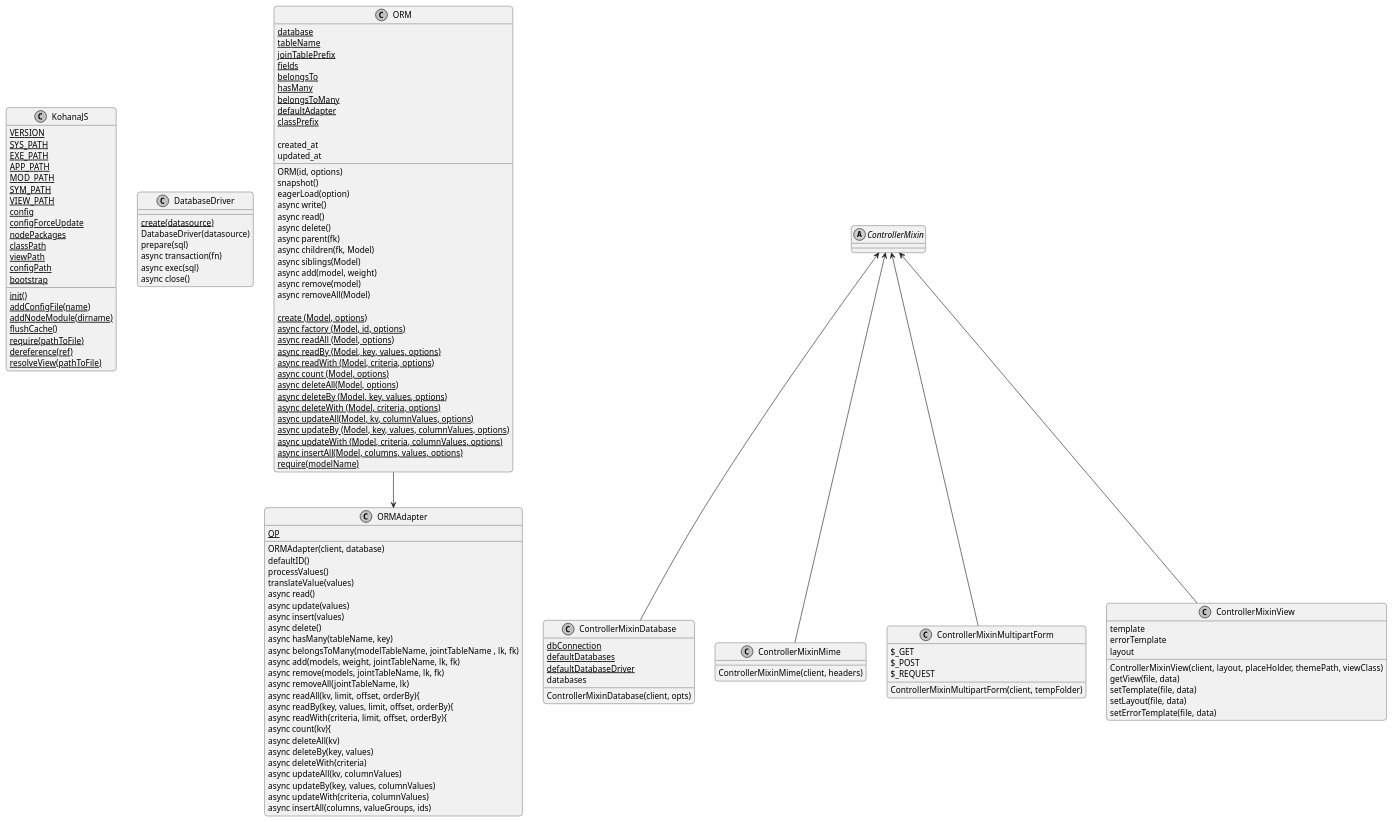
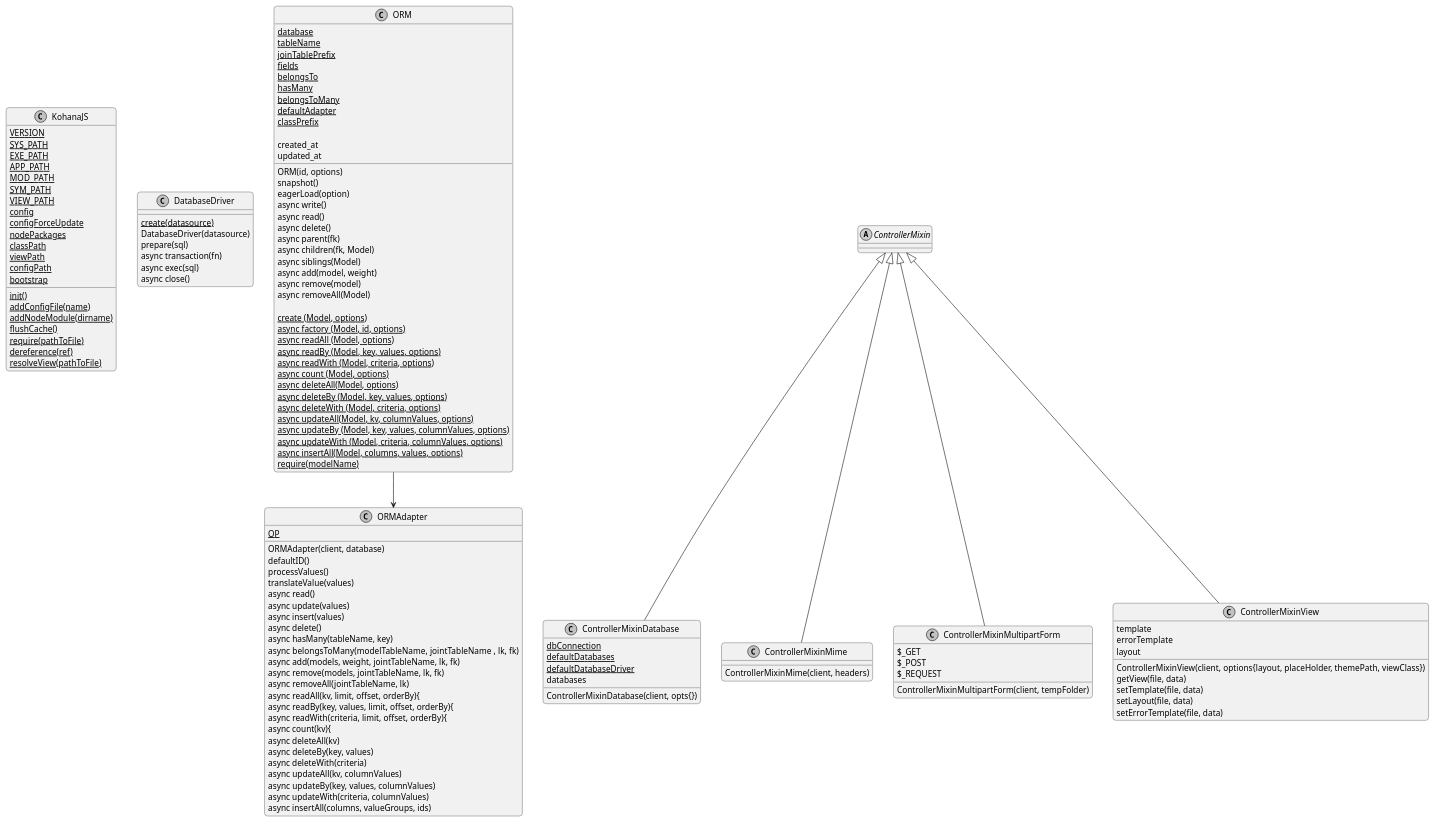
The diagram in spec/kohanajs.puml (kohanajs/kohanajs), drawn with PlantUML before and after one commit. The commit also changed 6 other files, not shown here.

```diff
--- a/spec/kohanajs.puml
+++ b/spec/kohanajs.puml
@@ -1,150 +1,154 @@
 @startuml
 skinparam monochrome true
 skinparam shadowing false
 skinparam defaultFontName "URW DIN SemiCond"
 skinparam defaultFontSize 14
 skinparam roundcorner 10
 skinparam classAttributeIconSize 0
 
 
 class KohanaJS{
   {static} VERSION
   {static} SYS_PATH
   {static} EXE_PATH
   {static} APP_PATH
   {static} MOD_PATH
   {static} SYM_PATH
   {static} VIEW_PATH
   {static} config
   {static} configForceUpdate
   {static} nodePackages
   {static} classPath
   {static} viewPath
   {static} configPath
   {static} bootstrap
 
   {static} init()
   {static} addConfigFile(name)
   {static} addNodeModule(dirname)
   {static} flushCache()
   {static} require(pathToFile)
   {static} dereference(ref)
   {static} resolveView(pathToFile)
 }
 
 class DatabaseDriver{
   {static} create(datasource)
   DatabaseDriver(datasource)
   prepare(sql)
   async transaction(fn)
   async exec(sql)
   async close()
 }
 
 class ORM{
   {static} database
   {static} tableName
   {static} joinTablePrefix
   {static} fields
   {static} belongsTo
   {static} hasMany
   {static} belongsToMany
   {static} defaultAdapter
   {static} classPrefix
 
   created_at
   updated_at
 
   ORM(id, options)
   snapshot()
   eagerLoad(option)
   async write()
   async read()
   async delete()
   async parent(fk)
   async children(fk, Model)
   async siblings(Model)
   async add(model, weight)
   async remove(model)
   async removeAll(Model)
 
   {static} create (Model, options)
   {static} async factory (Model, id, options)
   {static} async readAll (Model, options)
   {static} async readBy (Model, key, values, options)
   {static} async readWith (Model, criteria, options)
   {static} async count (Model, options)
   {static} async deleteAll(Model, options)
   {static} async deleteBy (Model, key, values, options)
   {static} async deleteWith (Model, criteria, options)
   {static} async updateAll(Model, kv, columnValues, options)
   {static} async updateBy (Model, key, values, columnValues, options)
   {static} async updateWith (Model, criteria, columnValues, options)
   {static} async insertAll(Model, columns, values, options)
   {static} require(modelName)
 }
 ORM --> ORMAdapter
 class ORMAdapter{
   {static} OP
   
   ORMAdapter(client, database)
   defaultID()
   processValues()
   translateValue(values)
   async read()
   async update(values)
   async insert(values)
   async delete()
   async hasMany(tableName, key)
   async belongsToMany(modelTableName, jointTableName , lk, fk)
   async add(models, weight, jointTableName, lk, fk)
   async remove(models, jointTableName, lk, fk)
   async removeAll(jointTableName, lk)
   async readAll(kv, limit, offset, orderBy){
   async readBy(key, values, limit, offset, orderBy){
   async readWith(criteria, limit, offset, orderBy){
   async count(kv){
   async deleteAll(kv)
   async deleteBy(key, values)
   async deleteWith(criteria)
   async updateAll(kv, columnValues)
   async updateBy(key, values, columnValues)
   async updateWith(criteria, columnValues)
   async insertAll(columns, valueGroups, ids)
 }
 
 abstract class ControllerMixin{
 }
-ControllerMixin <-- ControllerMixinDatabase
+ControllerMixin <|-- ControllerMixinDatabase
+ControllerMixin <|-- ControllerMixinMime
+ControllerMixin <|-- ControllerMixinMultipartForm
+ControllerMixin <|-- ControllerMixinView
+
 class ControllerMixinDatabase{
   {static} dbConnection
   {static} defaultDatabases
   {static} defaultDatabaseDriver
   databases
-  ControllerMixinDatabase(client, opts)
+  ControllerMixinDatabase(client, opts{})
 }
-ControllerMixin <-- ControllerMixinMime
+
 class ControllerMixinMime{
   ControllerMixinMime(client, headers)
 }
-ControllerMixin <-- ControllerMixinMultipartForm
+
 class ControllerMixinMultipartForm{
   $_GET
   $_POST
   $_REQUEST
   ControllerMixinMultipartForm(client, tempFolder)
 }
-ControllerMixin <-- ControllerMixinView
+
 class ControllerMixinView{
   template
   errorTemplate
   layout
-  ControllerMixinView(client, layout, placeHolder, themePath, viewClass)
+  ControllerMixinView(client, options{layout, placeHolder, themePath, viewClass})
   getView(file, data)
   setTemplate(file, data)
   setLayout(file, data)
   setErrorTemplate(file, data)
 
 }
 
 @enduml
```
